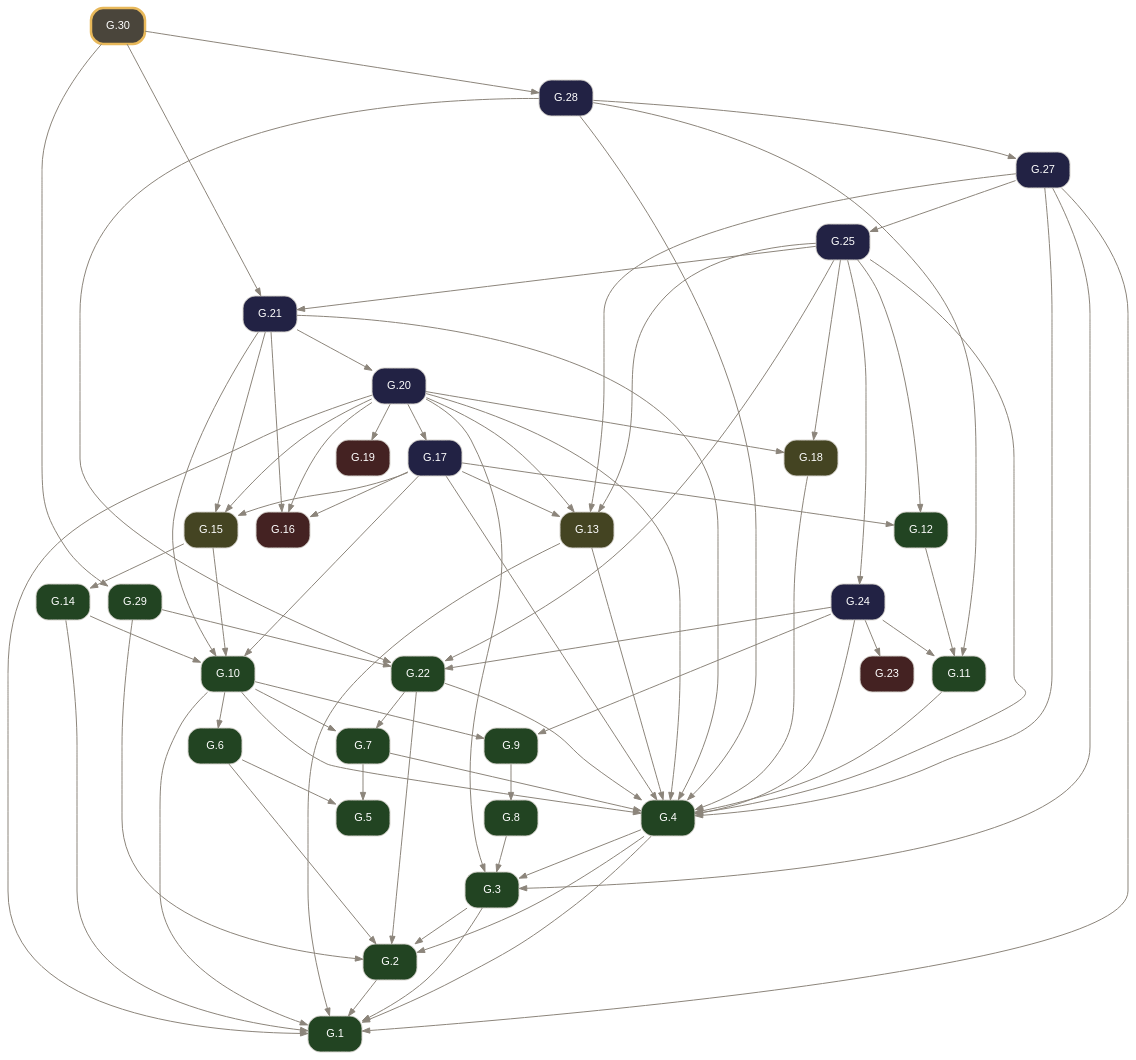
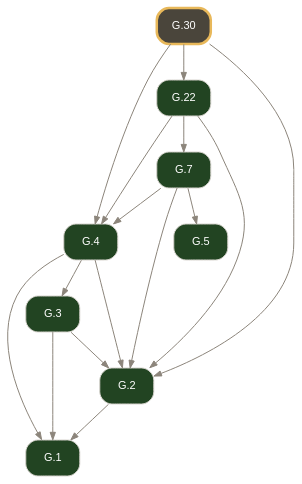
The diagram in docsrc/elements2/G.30/index.rst (geometor/elements), drawn with Graphviz before and after one commit. The commit also changed other lines of this file and 1276 other files, not shown here.

```diff
--- a/docsrc/elements2/G.30/index.rst
+++ b/docsrc/elements2/G.30/index.rst
@@ -89,103 +43,22 @@
      "G.3" [label="G.3", tooltip="G.3 (I.def.3): The extremities of a segment / A B / are points A, B.", fillcolor="#224422", URL="../G.3/index.html", target="_top"];
      "G.4" [label="G.4", tooltip="G.4 (I.def.4): A segment / A B / is a portion of a line [ A B ] between two points A, B on the line.", fillcolor="#224422", URL="../G.4/index.html", target="_top"];
      "G.5" [label="G.5", tooltip="G.5 (I.def.5): A surface is that which has length and breadth only.", fillcolor="#224422", URL="../G.5/index.html", target="_top"];
-     "G.6" [label="G.6", tooltip="G.6 (I.def.6): The extremities of a surface are lines or arcs.", fillcolor="#224422", URL="../G.6/index.html", target="_top"];
      "G.7" [label="G.7", tooltip="G.7 (I.def.7): A plane surface lies evenly with the lines on itself.", fillcolor="#224422", URL="../G.7/index.html", target="_top"];
-     "G.8" [label="G.8", tooltip="G.8 (I.def.13): A boundary is the extremity of anything.", fillcolor="#224422", URL="../G.8/index.html", target="_top"];
-     "G.9" [label="G.9", tooltip="G.9 (I.def.14): A figure is that which is contained by any boundary or boundaries.", fillcolor="#224422", URL="../G.9/index.html", target="_top"];
-     "G.10" [label="G.10", tooltip="G.10 (I.def.15): A circle ( A B ) is a plane figure contained by one arc defined by a center A and a point B establishing its defining radius / A B /, such that all segments / A B /, / A C /, / A D...", fillcolor="#224422", URL="../G.10/index.html", target="_top"];
-     "G.11" [label="G.11", tooltip="G.11 (I.def.19): Rectilineal figures are contained by segments: trilateral by three, quadrilateral by four, and multilateral by more than four.", fillcolor="#224422", URL="../G.11/index.html", target="_top"];
-     "G.12" [label="G.12", tooltip="G.12 (I.def.20): Of trilateral figures, an equilateral triangle < A B C > has three equal sides, an isosceles triangle < D E F > has two equal sides, and a scalene triangle < G H K > has three uneq...", fillcolor="#224422", URL="../G.12/index.html", target="_top"];
-     "G.13" [label="G.13", tooltip="G.13 (I.post.1): Construct a segment / A B / between any two points A, B.", fillcolor="#444422", URL="../G.13/index.html", target="_top"];
-     "G.14" [label="G.14", tooltip="G.14 (I.def.16): The point A within the circle ( A B ) from which all segments / A B /, / A C / to the arc are equal is called the center of the circle.", fillcolor="#224422", URL="../G.14/index.html", target="_top"];
-     "G.15" [label="G.15", tooltip="G.15 (I.post.3): Construct a circle ( A B ) with center A and defining radius point B.", fillcolor="#444422", URL="../G.15/index.html", target="_top"];
-     "G.16" [label="G.16", tooltip="G.16 (I.cn.1): Things equal to the same thing are equal to one another.", fillcolor="#442222", URL="../G.16/index.html", target="_top"];
-     "G.17" [label="G.17", tooltip="G.17 (I.1): Construct an equilateral triangle on a given segment.", fillcolor="#222244", URL="../G.17/index.html", target="_top"];
-     "G.18" [label="G.18", tooltip="G.18 (I.post.2): Extend a segment / A B / continuously along a line [ A B ] to / B C /.", fillcolor="#444422", URL="../G.18/index.html", target="_top"];
-     "G.19" [label="G.19", tooltip="G.19 (I.cn.3): If equals are subtracted from equals, the remainders are equal.", fillcolor="#442222", URL="../G.19/index.html", target="_top"];
-     "G.20" [label="G.20", tooltip="G.20 (I.2): Construct at a given point a segment equal to a given segment.", fillcolor="#222244", URL="../G.20/index.html", target="_top"];
-     "G.21" [label="G.21", tooltip="G.21 (I.3): Cut off from the greater of two unequal segments a segment equal to the less.", fillcolor="#222244", URL="../G.21/index.html", target="_top"];
      "G.22" [label="G.22", tooltip="G.22 (I.def.8): A plane angle is the inclination to one another of two lines or arcs in a plane that meet and do not lie on the same line.", fillcolor="#224422", URL="../G.22/index.html", target="_top"];
-     "G.23" [label="G.23", tooltip="G.23 (I.cn.4): Things / A B /, / D E / that coincide with one another are equal to one another.", fillcolor="#442222", URL="../G.23/index.html", target="_top"];
-     "G.24" [label="G.24", tooltip="G.24 (I.4): Triangles with two sides and the included angle equal are congruent (SAS).", fillcolor="#222244", URL="../G.24/index.html", target="_top"];
-     "G.25" [label="G.25", tooltip="G.25 (I.5): In an isosceles triangle, the angles at the base are equal, and if the equal sides are extended, the angles under the base are equal.", fillcolor="#222244", URL="../G.25/index.html", target="_top"];
-     "G.27" [label="G.27", tooltip="G.27 (I.7): On the same segment and on the same side, there cannot be constructed two distinct triangles with both pairs of conterminous sides equal.", fillcolor="#222244", URL="../G.27/index.html", target="_top"];
-     "G.28" [label="G.28", tooltip="G.28 (I.8): Triangles with all three corresponding sides equal have their corresponding angles equal (SSS).", fillcolor="#222244", URL="../G.28/index.html", target="_top"];
-     "G.29" [label="G.29", tooltip="G.29 (I.def.9): A rectilineal angle is contained by two segments or lines.", fillcolor="#224422", URL="../G.29/index.html", target="_top"];
-     "G.30" [label="G.30", tooltip="G.30 (I.9): Bisect a given angle.", penwidth=2.5, color="#e8b85a", fillcolor="#4a453b", URL="index.html", target="_top"];
+     "G.30" [label="G.30", tooltip="G.30 (I.def.9): A rectilineal angle is contained by two segments or lines.", penwidth=2.5, color="#e8b85a", fillcolor="#4a453b", URL="index.html", target="_top"];
      "G.2" -> "G.1";
      "G.3" -> "G.1";
      "G.4" -> "G.1";
-     "G.10" -> "G.1";
-     "G.13" -> "G.1";
-     "G.14" -> "G.1";
-     "G.20" -> "G.1";
-     "G.27" -> "G.1";
      "G.3" -> "G.2";
      "G.4" -> "G.2";
-     "G.6" -> "G.2";
+     "G.7" -> "G.2";
      "G.22" -> "G.2";
-     "G.29" -> "G.2";
+     "G.30" -> "G.2";
      "G.4" -> "G.3";
-     "G.8" -> "G.3";
-     "G.20" -> "G.3";
-     "G.27" -> "G.3";
      "G.7" -> "G.4";
-     "G.10" -> "G.4";
-     "G.11" -> "G.4";
-     "G.13" -> "G.4";
-     "G.17" -> "G.4";
-     "G.18" -> "G.4";
-     "G.20" -> "G.4";
-     "G.21" -> "G.4";
      "G.22" -> "G.4";
-     "G.24" -> "G.4";
-     "G.25" -> "G.4";
-     "G.27" -> "G.4";
-     "G.28" -> "G.4";
-     "G.6" -> "G.5";
+     "G.30" -> "G.4";
      "G.7" -> "G.5";
-     "G.10" -> "G.6";
-     "G.10" -> "G.7";
      "G.22" -> "G.7";
-     "G.9" -> "G.8";
-     "G.10" -> "G.9";
-     "G.24" -> "G.9";
-     "G.14" -> "G.10";
-     "G.15" -> "G.10";
-     "G.17" -> "G.10";
-     "G.21" -> "G.10";
-     "G.12" -> "G.11";
-     "G.24" -> "G.11";
-     "G.28" -> "G.11";
-     "G.17" -> "G.12";
-     "G.25" -> "G.12";
-     "G.17" -> "G.13";
-     "G.20" -> "G.13";
-     "G.25" -> "G.13";
-     "G.27" -> "G.13";
-     "G.15" -> "G.14";
-     "G.17" -> "G.15";
-     "G.20" -> "G.15";
-     "G.21" -> "G.15";
-     "G.17" -> "G.16";
-     "G.20" -> "G.16";
-     "G.21" -> "G.16";
-     "G.20" -> "G.17";
-     "G.20" -> "G.18";
-     "G.25" -> "G.18";
-     "G.20" -> "G.19";
-     "G.21" -> "G.20";
-     "G.25" -> "G.21";
-     "G.30" -> "G.21";
-     "G.24" -> "G.22";
-     "G.25" -> "G.22";
-     "G.28" -> "G.22";
-     "G.29" -> "G.22";
-     "G.24" -> "G.23";
-     "G.25" -> "G.24";
-     "G.27" -> "G.25";
-     "G.28" -> "G.27";
-     "G.30" -> "G.28";
-     "G.30" -> "G.29";
+     "G.30" -> "G.22";
    }
```
